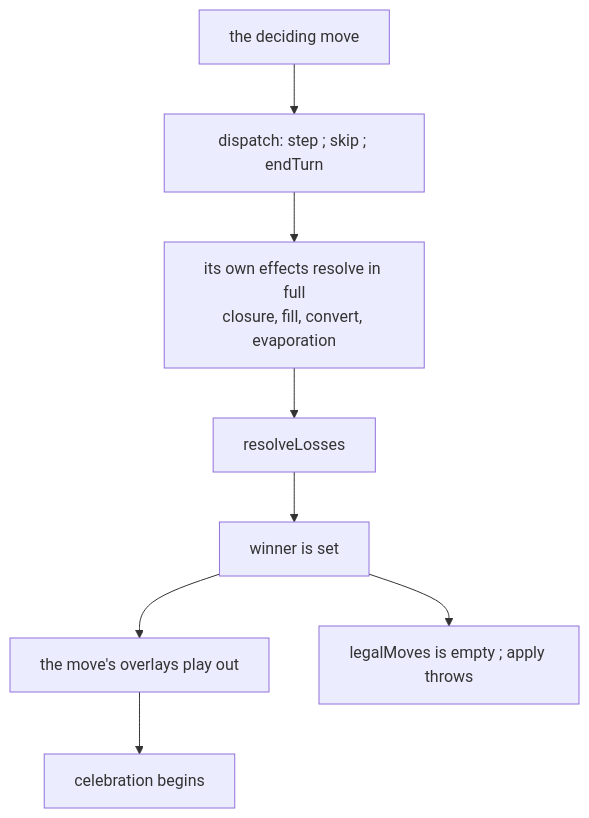
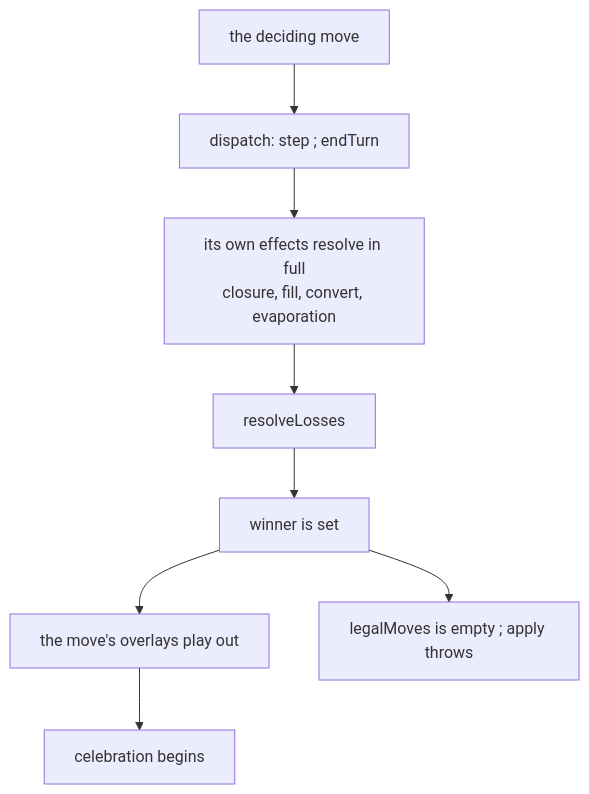
Before and after one commit to hochgi/conquarrow: the diagram in docs/spec/won-is-over/won-is-over.md, drawn with Mermaid. The commit also changed 126 other files, not shown here.

First line of the commit message:
refactor(P51): delete the SkipMove kind (#41)

````diff
--- a/docs/spec/won-is-over/won-is-over.md
+++ b/docs/spec/won-is-over/won-is-over.md
@@ -20,10 +20,10 @@
 ```mermaid
 flowchart TD
-  M["the deciding move"] --> D["dispatch: step #59; skip #59; endTurn"]
+  M["the deciding move"] --> D["dispatch: step #59; endTurn"]
   D --> E["its own effects resolve in full<br/>closure, fill, convert, evaporation"]
   E --> R["resolveLosses"]
   R --> W["winner is set"]
   W --> Q["the move's overlays play out"]
   Q --> C["celebration begins"]
   W --> T["legalMoves is empty #59; apply throws"]
 ```
````
